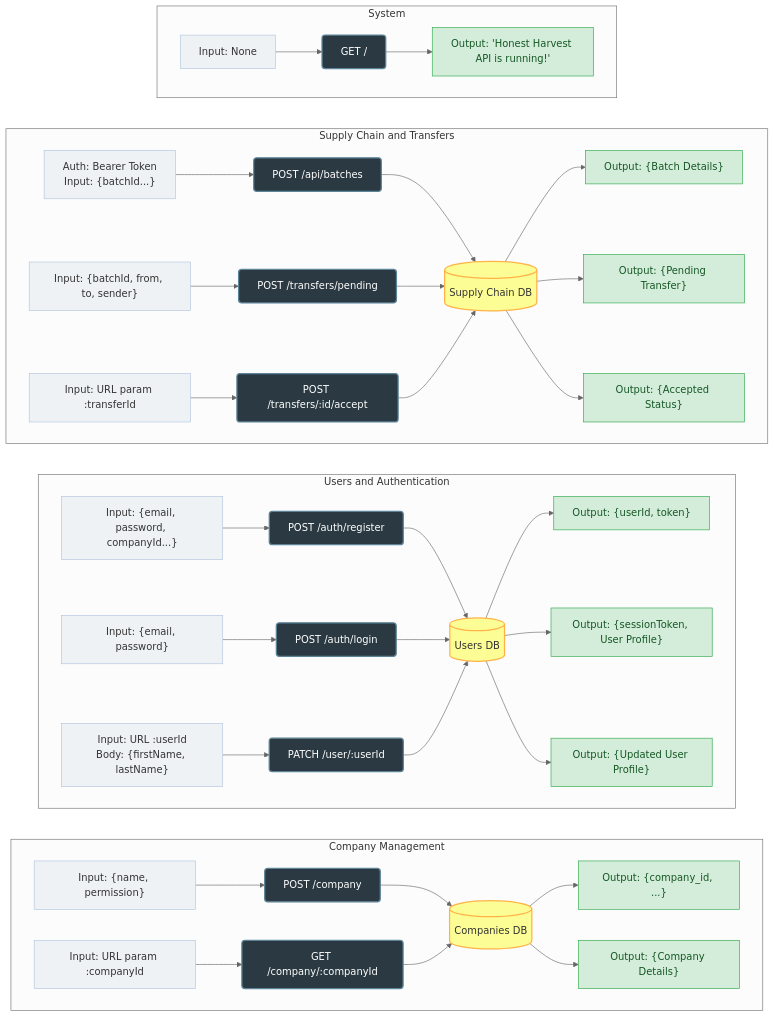
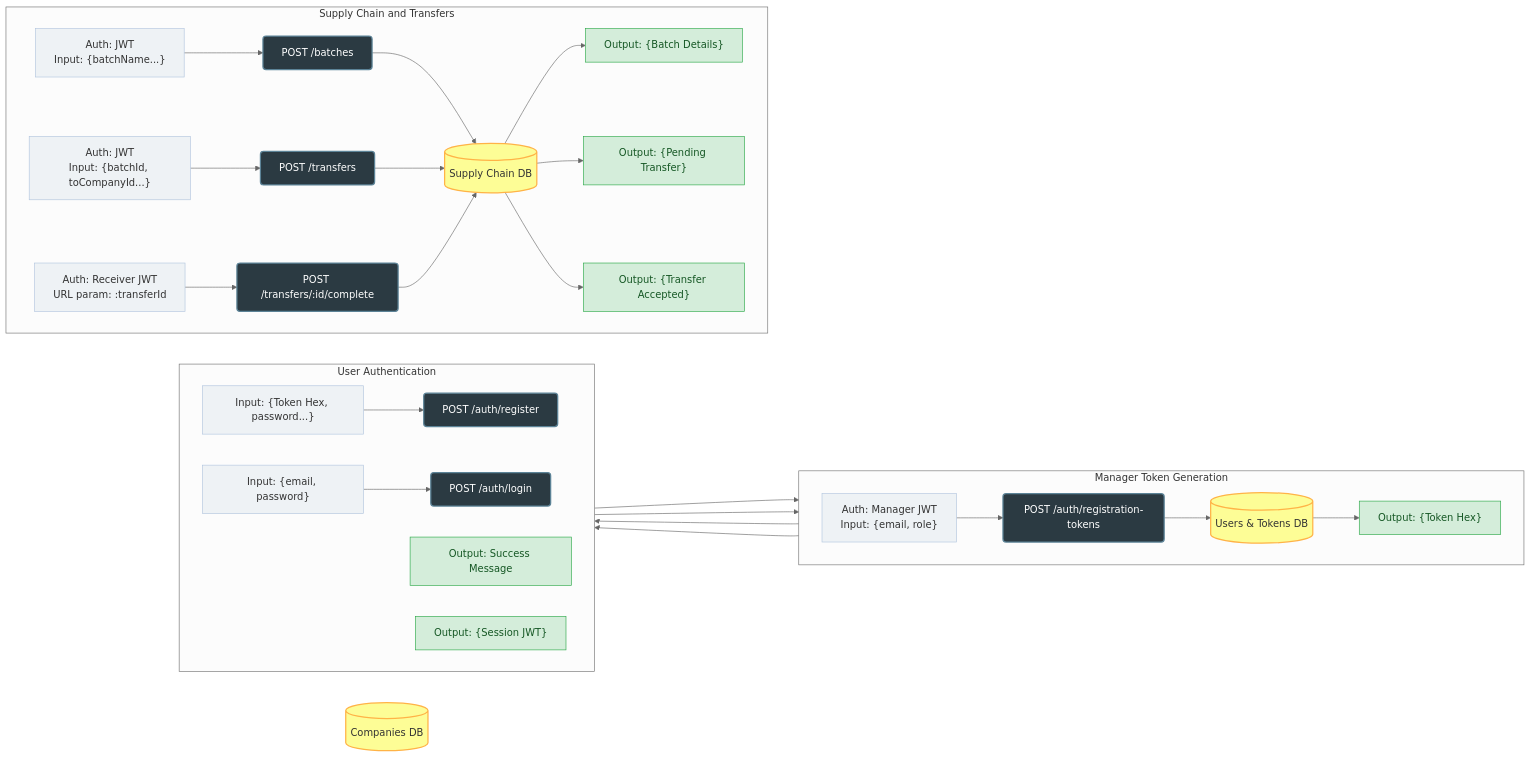
Before and after one commit to Jman001188/CSE540-BlockchainGroupProject: the diagram in backend/API.md, drawn with Mermaid (neutral theme). The commit also changed other lines of this file, not shown here.

````diff
--- a/backend/API.md
+++ b/backend/API.md
@@ -212,60 +250,46 @@
 ```mermaid
 graph LR
     %% Styling
     classDef endpoint fill:#2b3a42,stroke:#5c8397,stroke-width:2px,color:#fff,rx:5px,ry:5px;
     classDef input fill:#eef2f5,stroke:#b0c4de,stroke-width:1px,color:#333;
     classDef output fill:#d4edda,stroke:#28a745,stroke-width:1px,color:#155724;
     classDef db fill:#fdfd96,stroke:#ffb347,stroke-width:2px,color:#333,shape:cylinder;
 
     %% Databases
     DB_COMP[(Companies DB)]:::db
-    DB_USER[(Users DB)]:::db
+    DB_USER[(Users & Tokens DB)]:::db
     DB_CHAIN[(Supply Chain DB)]:::db
 
-    subgraph Group1 [Company Management]
+    subgraph Group1 [Manager Token Generation]
         direction LR
-        C_IN["Input: {name, permission}"]:::input --> POST_COMP["POST /company"]:::endpoint
-        POST_COMP --> DB_COMP
-        DB_COMP --> C_OUT["Output: {company_id, ...}"]:::output
-
-        G_IN["Input: URL param :companyId"]:::input --> GET_COMP["GET /company/:companyId"]:::endpoint
-        GET_COMP --> DB_COMP
-        DB_COMP --> G_OUT["Output: {Company Details}"]:::output
+        M_IN["Auth: Manager JWT<br>Input: {email, role}"]:::input --> POST_TOK["POST /auth/registration-tokens"]:::endpoint
+        POST_TOK --> DB_USER
+        DB_USER --> M_OUT["Output: {Token Hex}"]:::output
     end
 
-    subgraph Group2 [Users and Authentication]
+    subgraph Group2 [User Authentication]
         direction LR
-        R_IN["Input: {email, password, companyId...}"]:::input --> POST_REG["POST /auth/register"]:::endpoint
+        R_IN["Input: {Token Hex, password...}"]:::input --> POST_REG["POST /auth/register"]:::endpoint
         POST_REG --> DB_USER
-        DB_USER --> R_OUT["Output: {userId, token}"]:::output
+        DB_USER --> R_OUT["Output: Success Message"]:::output
 
         L_IN["Input: {email, password}"]:::input --> POST_LOG["POST /auth/login"]:::endpoint
         POST_LOG --> DB_USER
-        DB_USER --> L_OUT["Output: {sessionToken, User Profile}"]:::output
-
-        U_IN["Input: URL :userId<br>Body: {firstName, lastName}"]:::input --> PATCH_USR["PATCH /user/:userId"]:::endpoint
-        PATCH_USR --> DB_USER
-        DB_USER --> U_OUT["Output: {Updated User Profile}"]:::output
+        DB_USER --> L_OUT["Output: {Session JWT}"]:::output
     end
 
     subgraph Group3 [Supply Chain and Transfers]
         direction LR
-        B_IN["Auth: Bearer Token<br>Input: {batchId...}"]:::input --> POST_BATCH["POST /api/batches"]:::endpoint
+        B_IN["Auth: JWT<br>Input: {batchName...}"]:::input --> POST_BATCH["POST /batches"]:::endpoint
         POST_BATCH --> DB_CHAIN
         DB_CHAIN --> B_OUT["Output: {Batch Details}"]:::output
 
-        T_IN["Input: {batchId, from, to, sender}"]:::input --> POST_TRANS["POST /transfers/pending"]:::endpoint
+        T_IN["Auth: JWT<br>Input: {batchId, toCompanyId...}"]:::input --> POST_TRANS["POST /transfers"]:::endpoint
         POST_TRANS --> DB_CHAIN
         DB_CHAIN --> T_OUT["Output: {Pending Transfer}"]:::output
 
-        A_IN["Input: URL param :transferId"]:::input --> POST_ACC["POST /transfers/:id/accept"]:::endpoint
+        A_IN["Auth: Receiver JWT<br>URL param: :transferId"]:::input --> POST_ACC["POST /transfers/:id/complete"]:::endpoint
         POST_ACC --> DB_CHAIN
-        DB_CHAIN --> A_OUT["Output: {Accepted Status}"]:::output
-    end
-
-    subgraph Group4 [System]
-        direction LR
-        H_IN["Input: None"]:::input --> GET_HLTH["GET /"]:::endpoint
-        GET_HLTH --> H_OUT["Output: 'Honest Harvest API is running!'"]:::output
+        DB_CHAIN --> A_OUT["Output: {Transfer Accepted}"]:::output
     end
 ```
````
